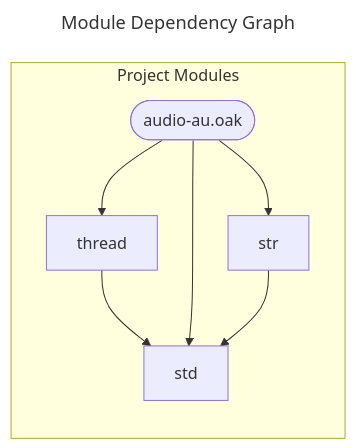
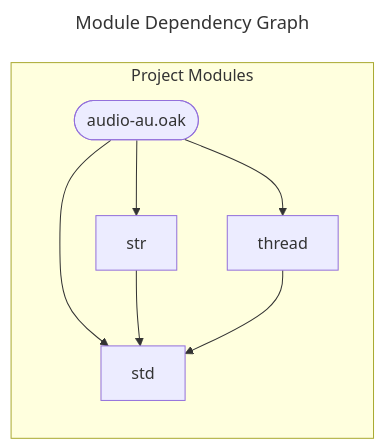
Before and after one commit to SpcFORK/magnolia: the diagram in docs/spec/audio-au.mmd, drawn with Mermaid. The commit also changed other lines of this file and 152 other files, not shown here.

First line of the commit message:
Refactor module dependency graphs in documentation

```diff
--- a/docs/spec/audio-au.mmd
+++ b/docs/spec/audio-au.mmd
@@ -1,15 +1,15 @@
 ---
 title: Module Dependency Graph
 ---
 flowchart LR
     subgraph project_modules ["Project Modules"]
-        thread["thread"]
         lib_audio_au_oak(["audio-au.oak"])
         std["std"]
         str["str"]
+        thread["thread"]
     end
-    thread --> std
     lib_audio_au_oak --> std
     lib_audio_au_oak --> str
     lib_audio_au_oak --> thread
     str --> std
+    thread --> std
```
